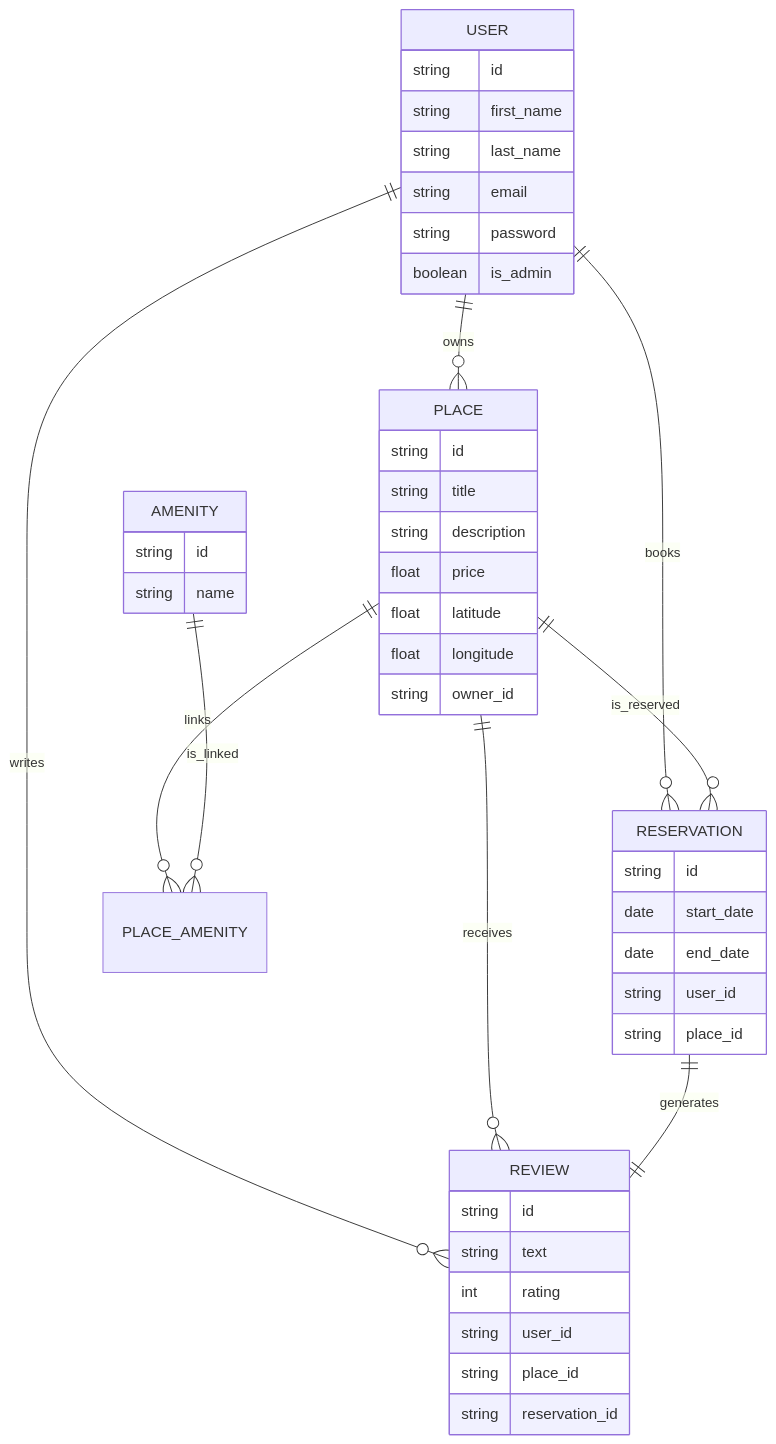
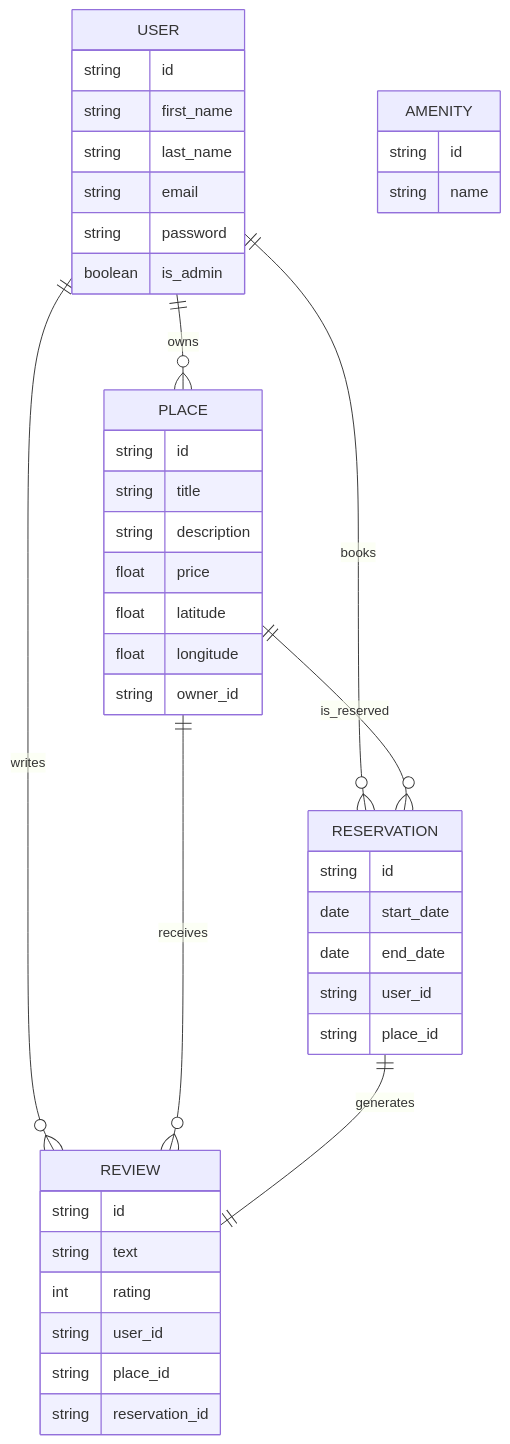
One commit to Ravou/holbertonschool-hbnb changed the diagram in part3/app/persistence/diagramER.md. Above: the diagram before and after it, drawn with Mermaid.

Commit message:
delet all relation with place_amenity

````diff
--- a/part3/app/persistence/diagramER.md
+++ b/part3/app/persistence/diagramER.md
@@ -1,57 +1,54 @@
 ```mermaid
 erDiagram
     USER {
         string id
         string first_name
         string last_name
         string email
         string password
         boolean is_admin
     }
 
     PLACE {
         string id
         string title
         string description
         float price
         float latitude
         float longitude
         string owner_id
     }
 
     REVIEW {
         string id
         string text
         int rating
         string user_id
         string place_id
         string reservation_id
     }
 
     AMENITY {
         string id
         string name
     }
 
     RESERVATION {
         string id
         date start_date
         date end_date
         string user_id
         string place_id
     }
 
     %% Relations
     USER ||--o{ PLACE : owns
     USER ||--o{ REVIEW : writes
     USER ||--o{ RESERVATION : books
 
     PLACE ||--o{ REVIEW : receives
     PLACE ||--o{ RESERVATION : is_reserved
-    PLACE ||--o{ PLACE_AMENITY : links
-
-    AMENITY ||--o{ PLACE_AMENITY : is_linked
 
     RESERVATION ||--|| REVIEW : generates
 
 ```
````
